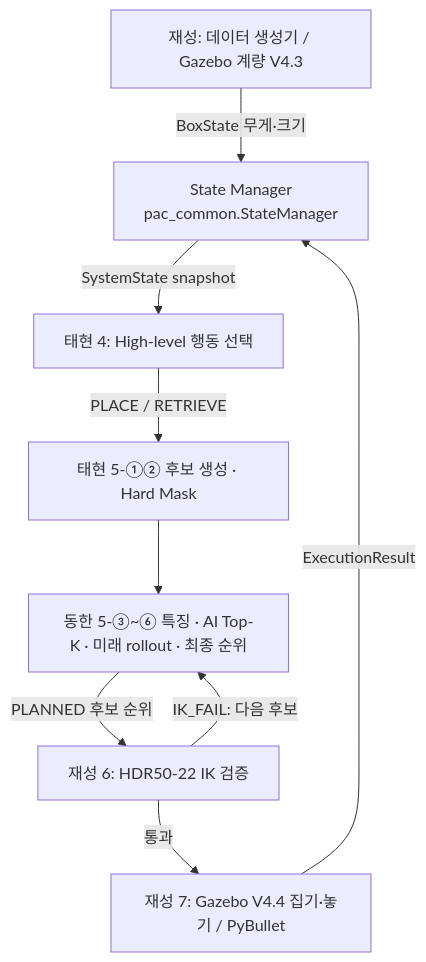
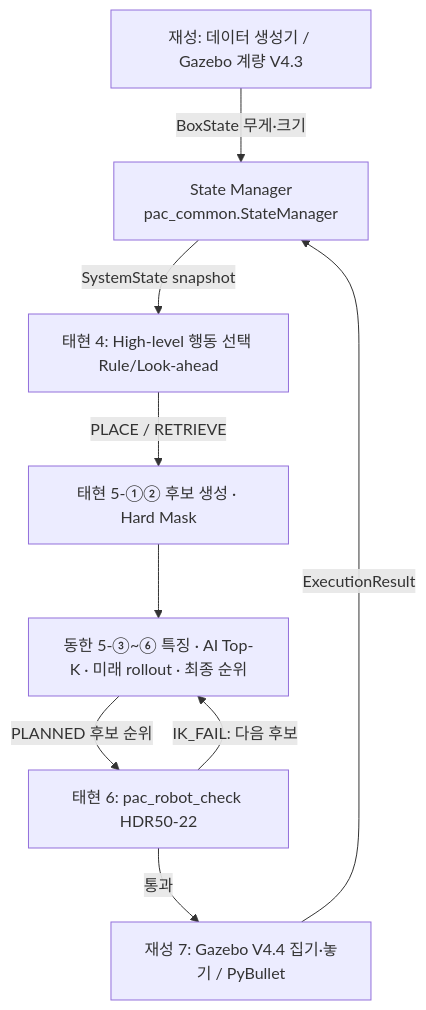
The diagram in README.md (dlwotjd1289-cloud/dlwotjd1289-cloud), drawn with Mermaid before and after one commit. The commit also changed other lines of this file and 21 other files, not shown here.

````diff
--- a/README.md
+++ b/README.md
@@ -13,11 +15,11 @@
 ```mermaid
 flowchart TD
     G[재성: 데이터 생성기 / Gazebo 계량 V4.3] -->|BoxState 무게·크기| S[State Manager<br/>pac_common.StateManager]
-    S -->|SystemState snapshot| H[태현 4: High-level 행동 선택]
+    S -->|SystemState snapshot| H[태현 4: High-level 행동 선택 Rule/Look-ahead]
     H -->|PLACE / RETRIEVE| C[태현 5-①② 후보 생성 · Hard Mask]
     C --> D[동한 5-③~⑥ 특징 · AI Top-K · 미래 rollout · 최종 순위]
-    D -->|PLANNED 후보 순위| R[재성 6: HDR50-22 IK 검증]
+    D -->|PLANNED 후보 순위| R[태현 6: pac_robot_check HDR50-22]
     R -->|통과| E[재성 7: Gazebo V4.4 집기·놓기 / PyBullet]
     R -->|IK_FAIL: 다음 후보| D
     E -->|ExecutionResult| S
 ```
````
